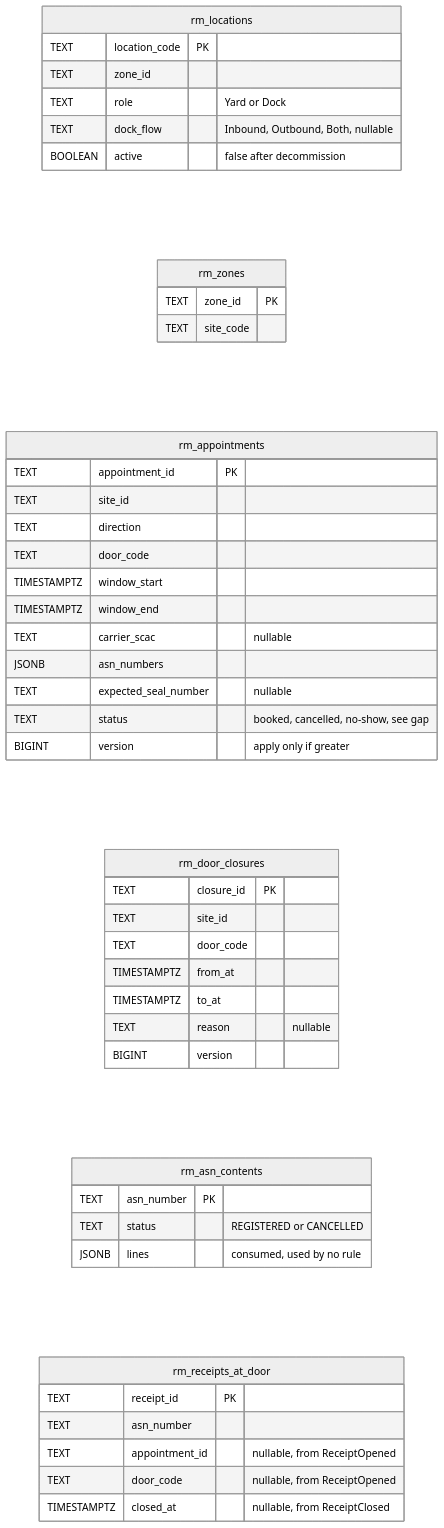
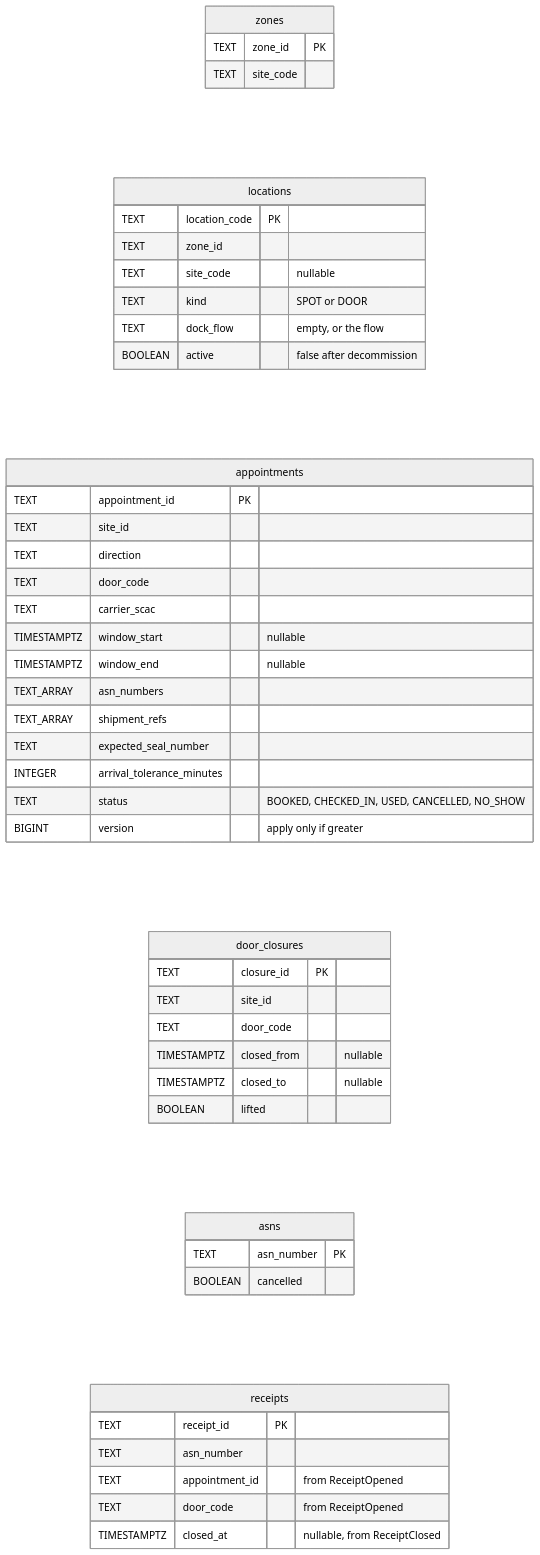
Before and after one commit to IQVO/warehouse-docs: the sixth of 8 diagrams in yard/docs/contexts/yard-management/entity-relationship.md, drawn with Mermaid (neutral theme). The commit also changed other lines of this file and 51 other files, not shown here.

First line of the commit message:
docs(yard): as-built refresh: dock-scheduling and yard-management are built on develop, not deployed (#118)

````diff
--- a/yard/docs/contexts/yard-management/entity-relationship.md
+++ b/yard/docs/contexts/yard-management/entity-relationship.md
@@ -196,49 +182,50 @@
 ```mermaid
 erDiagram
     direction LR
-    rm_locations {
-        TEXT location_code PK
-        TEXT zone_id
-        TEXT role "Yard or Dock"
-        TEXT dock_flow "Inbound, Outbound, Both, nullable"
-        BOOLEAN active "false after decommission"
-    }
-    rm_zones {
+    zones {
         TEXT zone_id PK
         TEXT site_code
     }
-    rm_appointments {
+    locations {
+        TEXT location_code PK
+        TEXT zone_id
+        TEXT site_code "nullable"
+        TEXT kind "SPOT or DOOR"
+        TEXT dock_flow "empty, or the flow"
+        BOOLEAN active "false after decommission"
+    }
+    appointments {
         TEXT appointment_id PK
         TEXT site_id
         TEXT direction
         TEXT door_code
-        TIMESTAMPTZ window_start
-        TIMESTAMPTZ window_end
-        TEXT carrier_scac "nullable"
-        JSONB asn_numbers
-        TEXT expected_seal_number "nullable"
-        TEXT status "booked, cancelled, no-show, see gap"
+        TEXT carrier_scac
+        TIMESTAMPTZ window_start "nullable"
+        TIMESTAMPTZ window_end "nullable"
+        TEXT_ARRAY asn_numbers
+        TEXT_ARRAY shipment_refs
+        TEXT expected_seal_number
+        INTEGER arrival_tolerance_minutes
+        TEXT status "BOOKED, CHECKED_IN, USED, CANCELLED, NO_SHOW"
         BIGINT version "apply only if greater"
     }
-    rm_door_closures {
+    door_closures {
         TEXT closure_id PK
         TEXT site_id
         TEXT door_code
-        TIMESTAMPTZ from_at
-        TIMESTAMPTZ to_at
-        TEXT reason "nullable"
-        BIGINT version
+        TIMESTAMPTZ closed_from "nullable"
+        TIMESTAMPTZ closed_to "nullable"
+        BOOLEAN lifted
     }
-    rm_asn_contents {
+    asns {
         TEXT asn_number PK
-        TEXT status "REGISTERED or CANCELLED"
-        JSONB lines "consumed, used by no rule"
+        BOOLEAN cancelled
     }
-    rm_receipts_at_door {
+    receipts {
         TEXT receipt_id PK
         TEXT asn_number
-        TEXT appointment_id "nullable, from ReceiptOpened"
-        TEXT door_code "nullable, from ReceiptOpened"
+        TEXT appointment_id "from ReceiptOpened"
+        TEXT door_code "from ReceiptOpened"
         TIMESTAMPTZ closed_at "nullable, from ReceiptClosed"
     }
 ```
````
